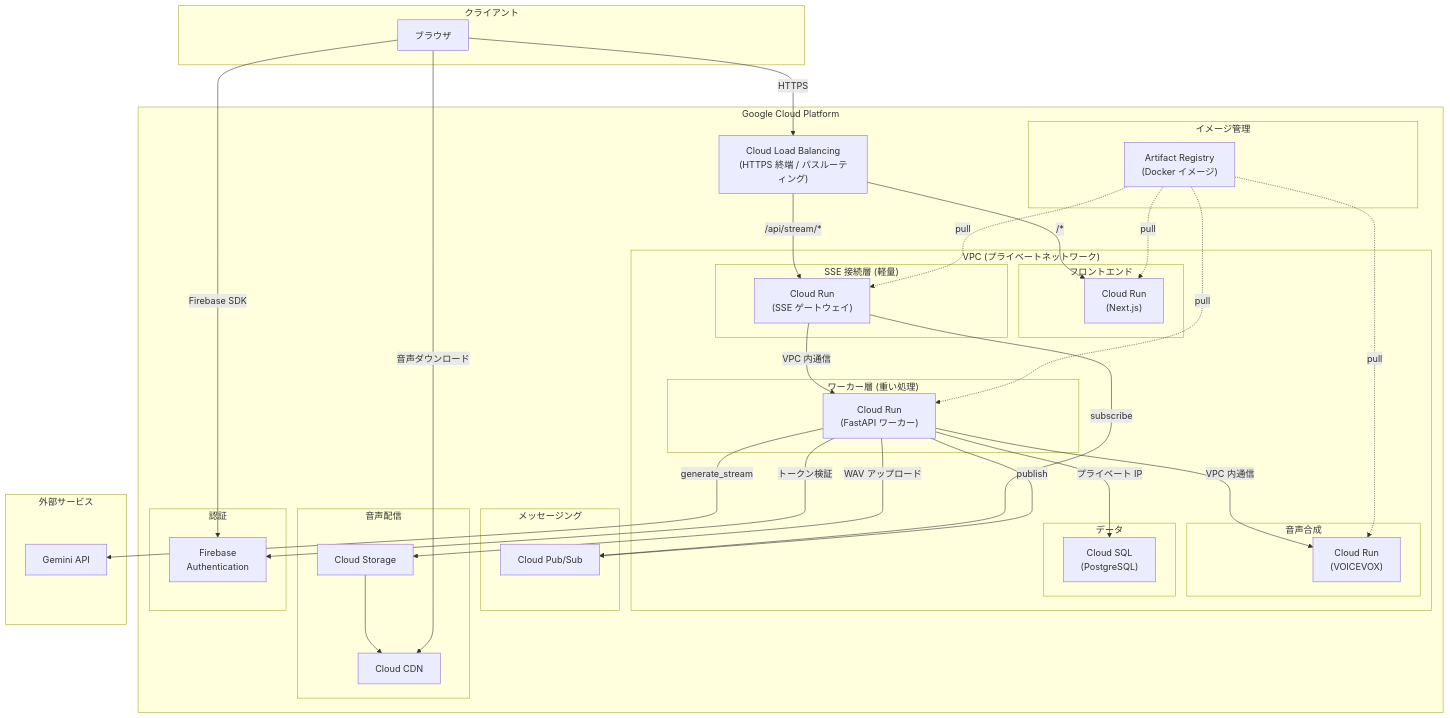
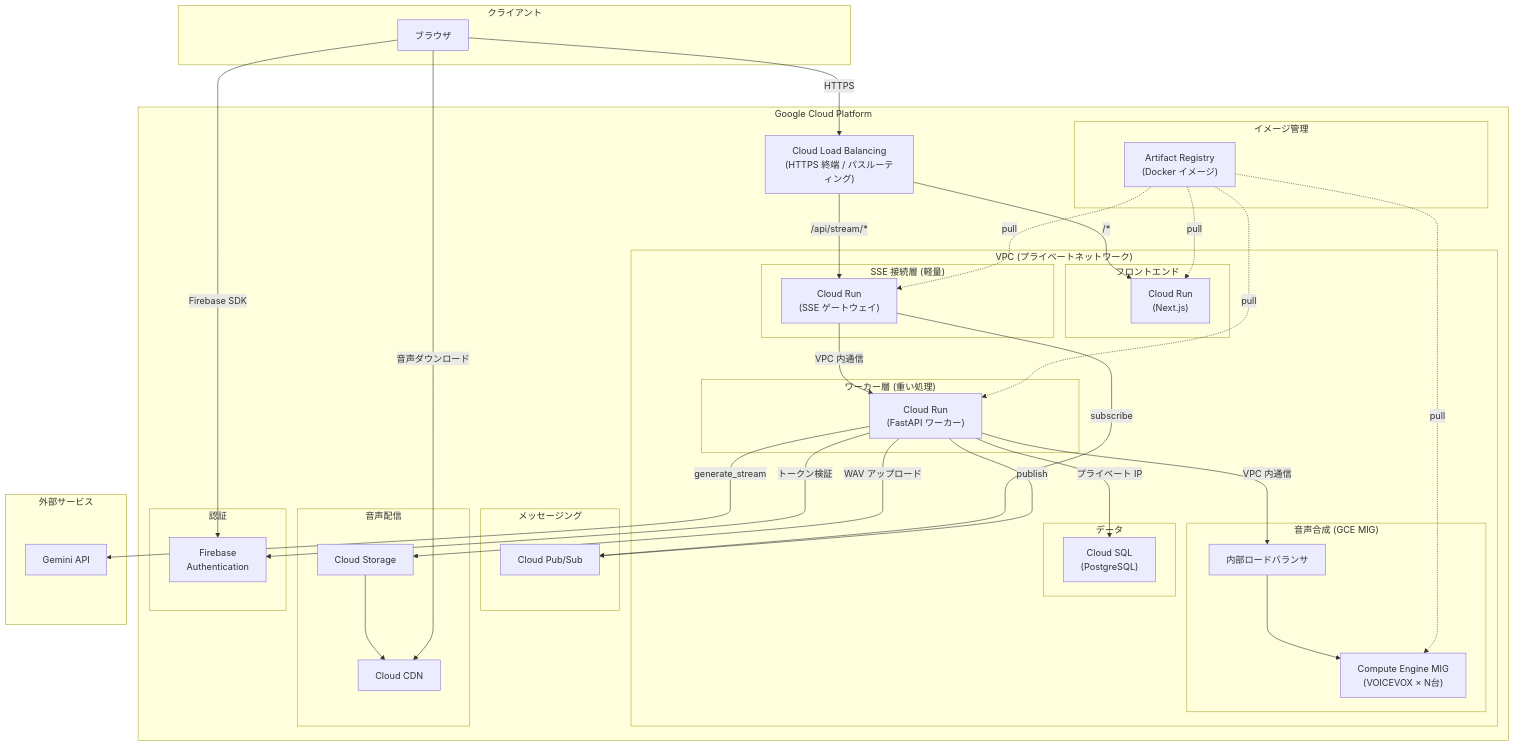
Before and after one commit to yudai3141/AudienceRoom: the first of 2 diagrams in docs/cloud/phase2_scaling.md, drawn with Mermaid. The commit also changed other lines of this file and 3 other files, not shown here.

First line of the commit message:
docs: move VOICEVOX to GCE and add deploy guide

````diff
--- a/docs/cloud/phase2_scaling.md
+++ b/docs/cloud/phase2_scaling.md
@@ -14,76 +15,78 @@
 ```mermaid
 flowchart TB
     subgraph Client["クライアント"]
         Browser["ブラウザ"]
     end
 
     subgraph GCP["Google Cloud Platform"]
         LB["Cloud Load Balancing<br/>(HTTPS 終端 / パスルーティング)"]
 
         subgraph VPC["VPC (プライベートネットワーク)"]
             subgraph Frontend["フロントエンド"]
                 CloudRun_FE["Cloud Run<br/>(Next.js)"]
             end
 
             subgraph SSELayer["SSE 接続層 (軽量)"]
                 CloudRun_GW["Cloud Run<br/>(SSE ゲートウェイ)"]
             end
 
             subgraph Worker["ワーカー層 (重い処理)"]
                 CloudRun_WK["Cloud Run<br/>(FastAPI ワーカー)"]
             end
 
-            subgraph TTS["音声合成"]
-                CloudRun_VV["Cloud Run<br/>(VOICEVOX)"]
+            subgraph TTS["音声合成 (GCE MIG)"]
+                ILB_VV["内部ロードバランサ"]
+                GCE_VV["Compute Engine MIG<br/>(VOICEVOX × N台)"]
             end
 
             subgraph Data["データ"]
                 CloudSQL["Cloud SQL<br/>(PostgreSQL)"]
             end
         end
 
         subgraph Messaging["メッセージング"]
             PubSub["Cloud Pub/Sub"]
         end
 
         subgraph Storage["音声配信"]
             GCS["Cloud Storage"]
             CDN["Cloud CDN"]
         end
 
         subgraph CI["イメージ管理"]
             AR["Artifact Registry<br/>(Docker イメージ)"]
         end
 
         subgraph Auth["認証"]
             FirebaseAuth["Firebase<br/>Authentication"]
         end
     end
 
     subgraph External["外部サービス"]
         LLM["Gemini API"]
     end
 
     Browser -->|HTTPS| LB
     LB -->|"/*"| CloudRun_FE
     LB -->|"/api/stream/*"| CloudRun_GW
     Browser -->|Firebase SDK| FirebaseAuth
 
     CloudRun_GW -->|subscribe| PubSub
     CloudRun_GW -->|"VPC 内通信"| CloudRun_WK
 
     CloudRun_WK -->|publish| PubSub
     CloudRun_WK -->|"プライベート IP"| CloudSQL
     CloudRun_WK -->|generate_stream| LLM
-    CloudRun_WK -->|"VPC 内通信"| CloudRun_VV
+    CloudRun_WK -->|"VPC 内通信"| ILB_VV
+    ILB_VV --> GCE_VV
     CloudRun_WK -->|"WAV アップロード"| GCS
     CloudRun_WK -->|トークン検証| FirebaseAuth
 
     GCS --> CDN
     Browser -->|"音声ダウンロード"| CDN
 
     AR -.->|pull| CloudRun_FE
     AR -.->|pull| CloudRun_GW
     AR -.->|pull| CloudRun_WK
-    AR -.->|pull| CloudRun_VV
+    AR -.->|pull| GCE_VV
 ```
````
